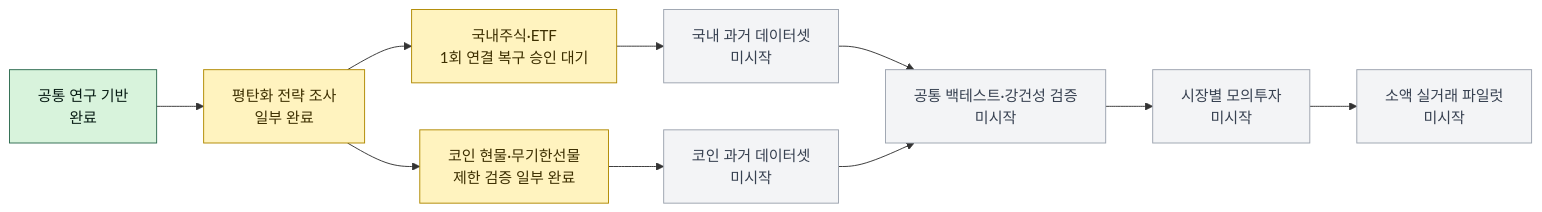
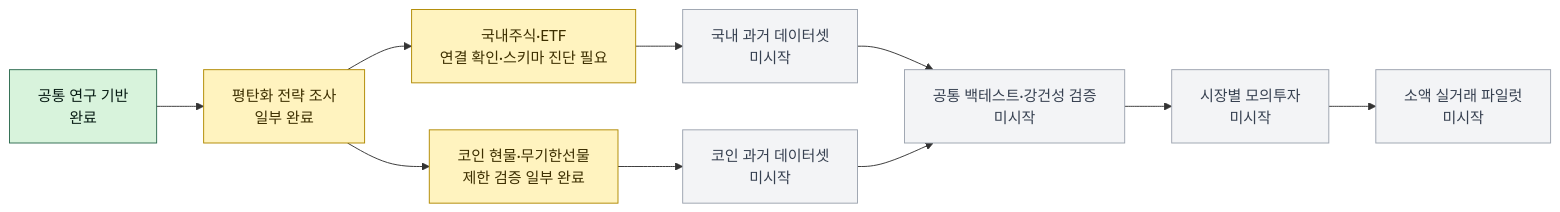
One commit to jhg6636/autotrade-lab changed the diagram in README.md. Above: the diagram before and after it, drawn with Mermaid. The commit also changed other lines of this file and 5 other files, not shown here.

````diff
--- a/README.md
+++ b/README.md
@@ -17,22 +17,22 @@
 ```mermaid
 flowchart LR
     A["공통 연구 기반<br/>완료"] --> B["평탄화 전략 조사<br/>일부 완료"]
-    B --> K["국내주식·ETF<br/>1회 연결 복구 승인 대기"]
+    B --> K["국내주식·ETF<br/>연결 확인·스키마 진단 필요"]
     B --> C["코인 현물·무기한선물<br/>제한 검증 일부 완료"]
     K --> KD["국내 과거 데이터셋<br/>미시작"]
     C --> CD["코인 과거 데이터셋<br/>미시작"]
     KD --> V["공통 백테스트·강건성 검증<br/>미시작"]
     CD --> V
     V --> P["시장별 모의투자<br/>미시작"]
     P --> L["소액 실거래 파일럿<br/>미시작"]
 
     classDef done fill:#d8f3dc,stroke:#2d6a4f,color:#081c15;
     classDef partial fill:#fff3bf,stroke:#b08900,color:#3d2f00;
     classDef current fill:#dbeafe,stroke:#2563eb,color:#172554,stroke-width:3px;
     classDef future fill:#f3f4f6,stroke:#9ca3af,color:#374151;
     class A done;
     class B partial;
     class C partial;
     class K partial;
     class KD,CD,V,P,L future;
 ```
````
